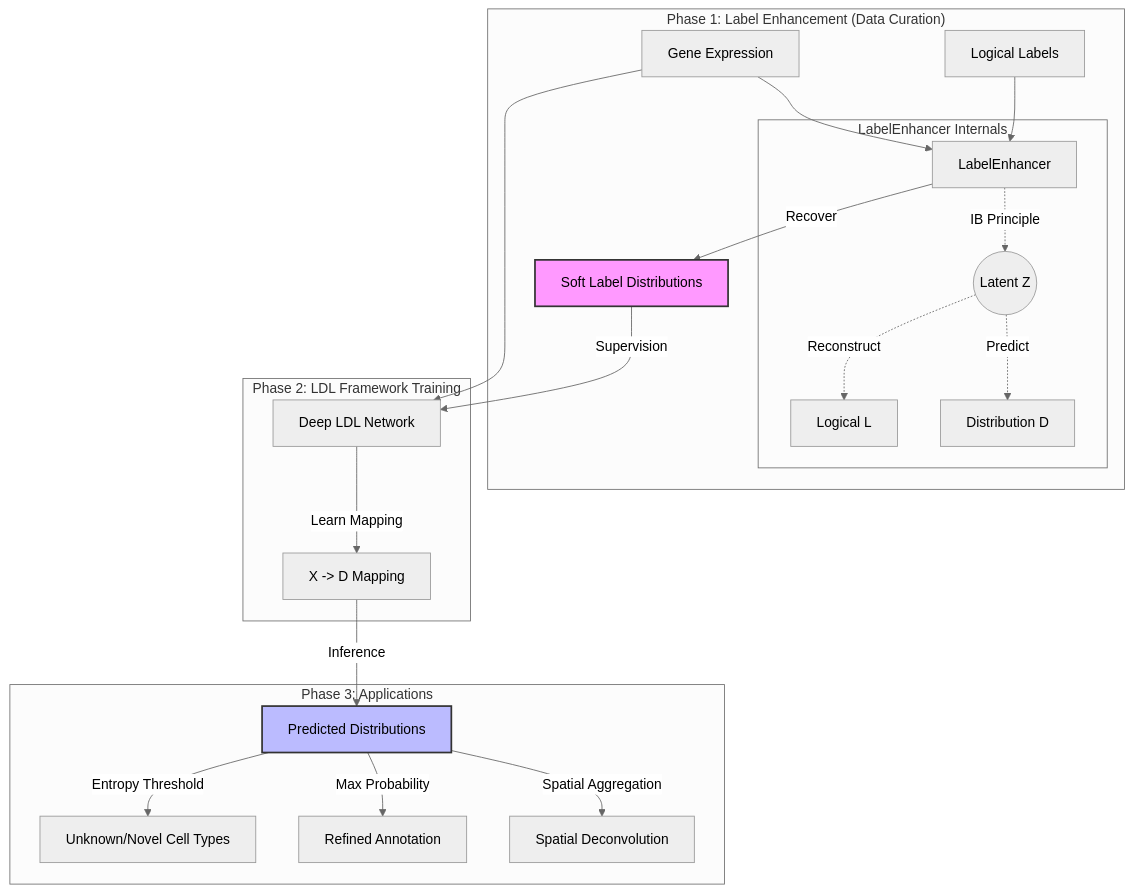
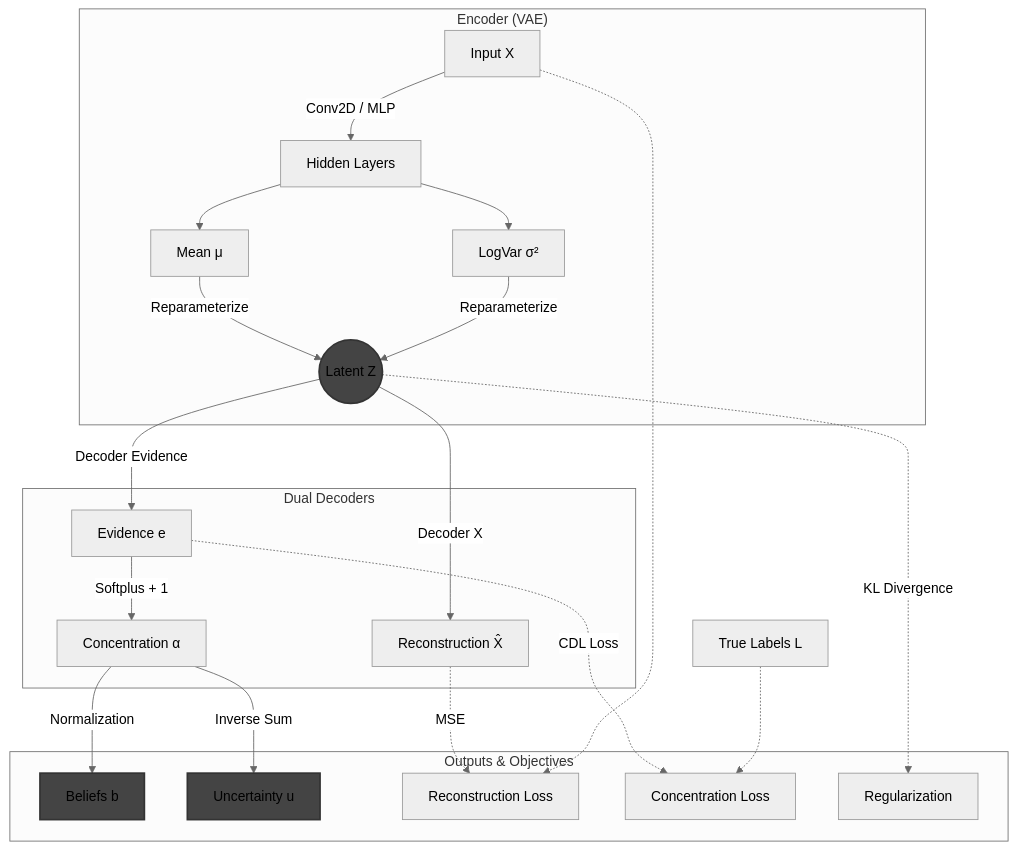
Before and after one commit to Koushul/scLDL: the diagram in README.md, drawn with Mermaid (neutral theme). The commit also changed other lines of this file and 16 other files, not shown here.

````diff
--- a/README.md
+++ b/README.md
@@ -42,35 +40,36 @@
 ```mermaid
 graph TD
-    %% Phase 1: Label Enhancement
-    subgraph "Phase 1: Label Enhancement (Data Curation)"
-        Input_X[Gene Expression] --> LE_Model[LabelEnhancer]
-        Input_L[Logical Labels] --> LE_Model
-        LE_Model -->|Recover| True_Dist[Soft Label Distributions]
-        
-        %% Internal logic of LE (simplified)
-        subgraph "LabelEnhancer Internals"
-            LE_Model -.->|IB Principle| Latent_Z((Latent Z))
-            Latent_Z -.->|Reconstruct| Rec_L[Logical L]
-            Latent_Z -.->|Predict| Pred_D[Distribution D]
-        end
+    %% Encoder Section
+    subgraph "Encoder (VAE)"
+        Input_X[Input X] -->|Conv2D / MLP| Hidden[Hidden Layers]
+        Hidden --> Mu[Mean μ]
+        Hidden --> LogVar[LogVar σ²]
+        Mu & LogVar -->|Reparameterize| Z((Latent Z))
     end
 
-    %% Phase 2: LDL Framework Training
-    subgraph "Phase 2: LDL Framework Training"
-        Input_X --> LDL_Net[Deep LDL Network]
-        True_Dist -->|Supervision| LDL_Net
-        LDL_Net -->|Learn Mapping| Learned_Map[X -> D Mapping]
+    %% Decoders Section
+    subgraph "Dual Decoders"
+        Z -->|Decoder X| Rec_X[Reconstruction X̂]
+        Z -->|Decoder Evidence| Evidence[Evidence e]
+        Evidence -->|Softplus + 1| Alpha[Concentration α]
     end
 
-    %% Phase 3: Downstream Applications
-    subgraph "Phase 3: Applications"
-        Learned_Map -->|Inference| New_Dist[Predicted Distributions]
+    %% Output & Loss Section
+    subgraph "Outputs & Objectives"
+        Alpha -->|Normalization| Beliefs[Beliefs b]
+        Alpha -->|Inverse Sum| Uncertainty[Uncertainty u]
         
-        New_Dist -->|Entropy Threshold| Unknown[Unknown/Novel Cell Types]
-        New_Dist -->|Max Probability| Annot[Refined Annotation]
-        New_Dist -->|Spatial Aggregation| Deconv[Spatial Deconvolution]
+        Rec_X -.->|MSE| Loss_Rec[Reconstruction Loss]
+        Evidence -.->|CDL Loss| Loss_CDL[Concentration Loss]
+        Z -.->|KL Divergence| Loss_KL[Regularization]
     end
 
-    style True_Dist fill:#f9f,stroke:#333,stroke-width:2px
-    style New_Dist fill:#bbf,stroke:#333,stroke-width:2px
+    %% Relationships
+    Input_X -.-> Loss_Rec
+    True_Labels[True Labels L] -.-> Loss_CDL
+
+    %% Styling
+    style Z fill:#444,stroke:#333,stroke-width:2px
+    style Beliefs fill:#444,stroke:#333,stroke-width:2px
+    style Uncertainty fill:#444,stroke:#333,stroke-width:2px
 ```
````
